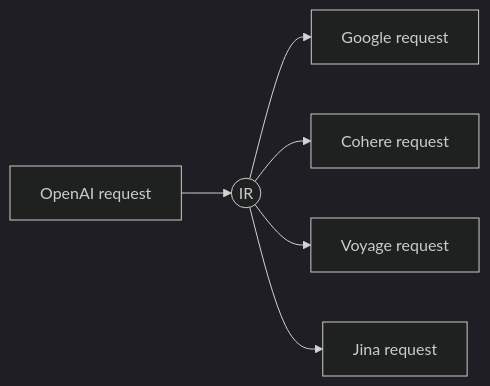
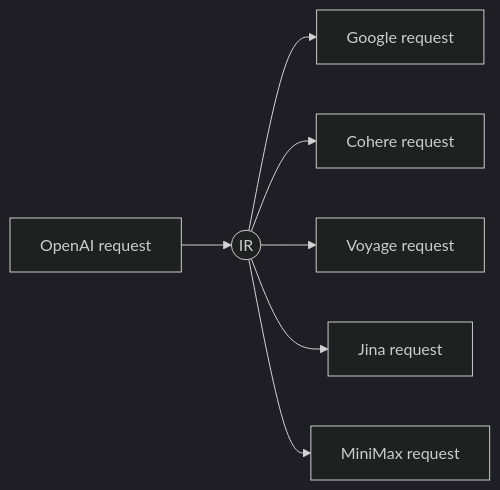
The diagram in docs/guide/embedding-formats.md (Oaklight/llm-rosetta), drawn with Mermaid (dark theme) before and after one commit. The commit also changed other lines of this file and 3 other files, not shown here.

First line of the commit message:
docs: MiniMax is the sixth embedding format family

````diff
--- a/docs/guide/embedding-formats.md
+++ b/docs/guide/embedding-formats.md
@@ -286,8 +326,9 @@
 ```mermaid
 flowchart LR
     A[OpenAI request] --> IR((IR))
     IR --> B[Google request]
     IR --> C[Cohere request]
     IR --> D[Voyage request]
     IR --> E[Jina request]
+    IR --> F[MiniMax request]
 ```
````
